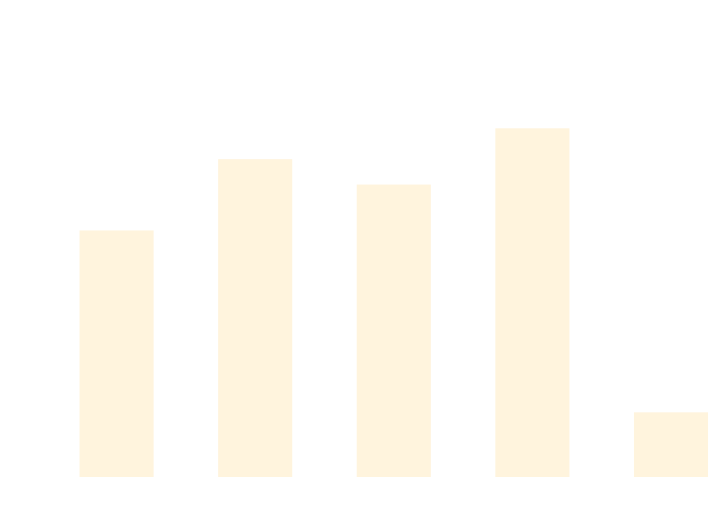
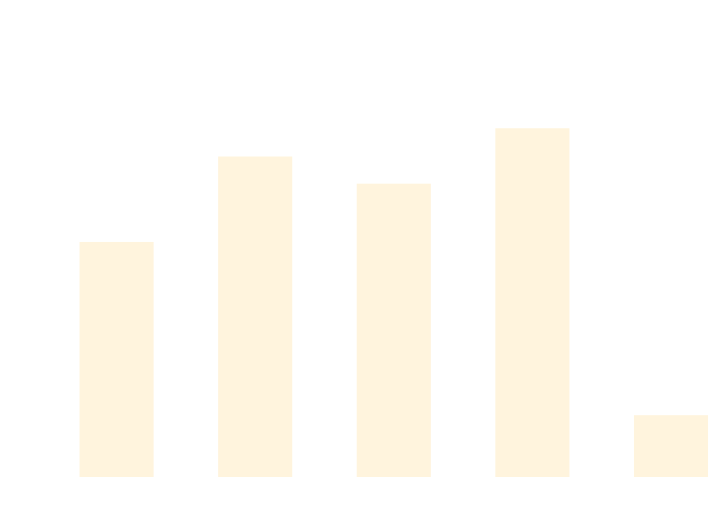
The diagram in docs/docs/benchmarks/AsyncTests.md (thomhurst/TUnit), drawn with Mermaid before and after one commit. The commit also changed other lines of this file and 17 other files, not shown here.

````diff
--- a/docs/docs/benchmarks/AsyncTests.md
+++ b/docs/docs/benchmarks/AsyncTests.md
@@ -27,37 +27,37 @@
 ```mermaid
 %%{init: {
   'theme':'base',
   'themeVariables': {
     'primaryColor': '#2563eb',
     'primaryTextColor': '#ffffff',
     'primaryBorderColor': '#1e40af',
     'lineColor': '#6b7280',
     'secondaryColor': '#7c3aed',
     'tertiaryColor': '#dc2626',
     'background': '#ffffff',
     'mainBkg': '#2563eb',
     'secondBkg': '#7c3aed',
     'tertiaryBkg': '#dc2626',
     'clusterBkg': '#f3f4f6',
     'edgeLabelBackground': '#ffffff',
     'tertiaryTextColor': '#1f2937',
     'pie1': '#2563eb',
     'pie2': '#7c3aed',
     'pie3': '#dc2626',
     'pie4': '#f59e0b',
     'pie5': '#10b981',
     'pie6': '#06b6d4',
     'pie7': '#ec4899',
     'pie8': '#6366f1',
     'pie9': '#84cc16',
     'pie10': '#f97316',
     'pie11': '#14b8a6',
     'pie12': '#a855f7'
   }
 }}%%
 xychart-beta
   title "AsyncTests Performance Comparison"
   x-axis ["TUnit", "NUnit", "MSTest", "xUnit3", "TUnit_AOT"]
-  y-axis "Time (ms)" 0 --> 879
-  bar [512.7, 665.9, 611.3, 732.2, 121.8]
+  y-axis "Time (ms)" 0 --> 915
+  bar [507.9, 699.1, 638.3, 762.3, 120.4]
 ```
````
